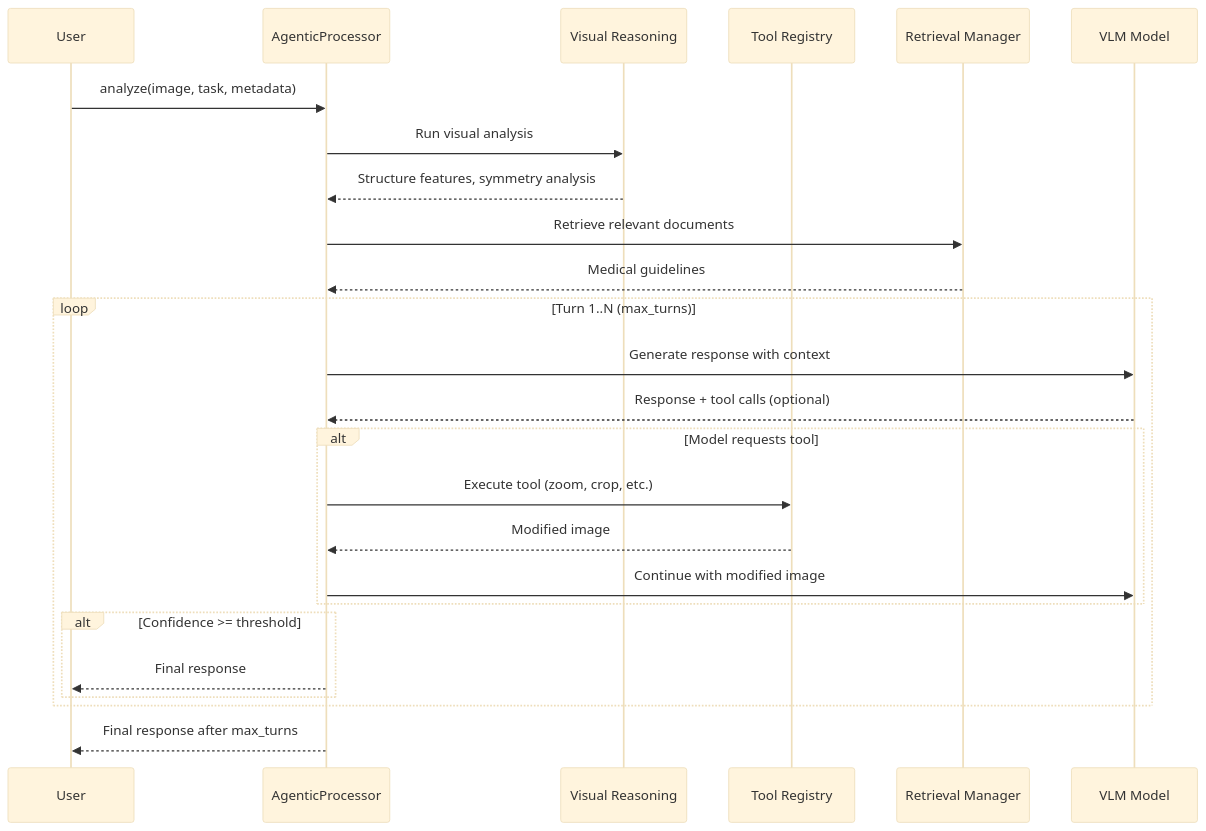
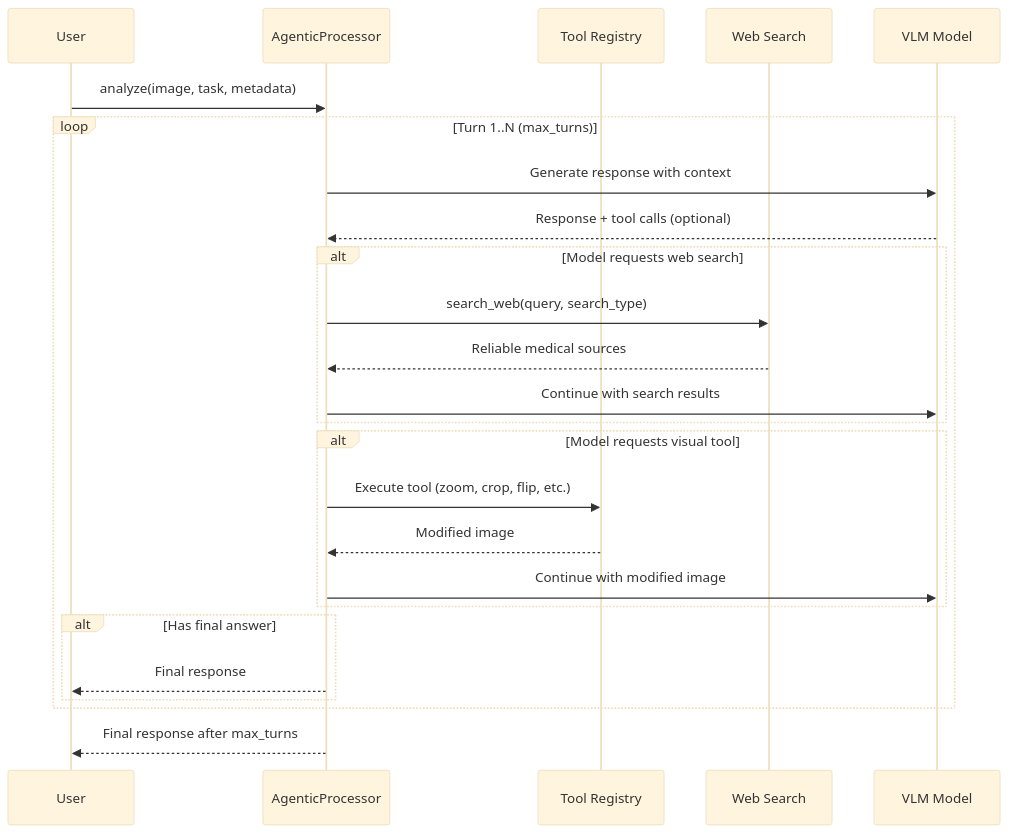
One commit to liamchalcroft/gaze changed the third of 3 diagrams in docs/agentic_workflow.md. Above: the diagram before and after it, drawn with Mermaid (base theme). The commit also changed other lines of this file and 103 other files, not shown here.

````diff
--- a/docs/agentic_workflow.md
+++ b/docs/agentic_workflow.md
@@ -173,32 +174,33 @@
 ```mermaid
 sequenceDiagram
     participant U as User
     participant AP as AgenticProcessor
-    participant VR as Visual Reasoning
     participant TR as Tool Registry
-    participant RM as Retrieval Manager
+    participant WS as Web Search
     participant M as VLM Model
 
     U->>AP: analyze(image, task, metadata)
-    AP->>VR: Run visual analysis
-    VR-->>AP: Structure features, symmetry analysis
-    AP->>RM: Retrieve relevant documents
-    RM-->>AP: Medical guidelines
 
     loop Turn 1..N (max_turns)
         AP->>M: Generate response with context
         M-->>AP: Response + tool calls (optional)
 
-        alt Model requests tool
-            AP->>TR: Execute tool (zoom, crop, etc.)
+        alt Model requests web search
+            AP->>WS: search_web(query, search_type)
+            WS-->>AP: Reliable medical sources
+            AP->>M: Continue with search results
+        end
+
+        alt Model requests visual tool
+            AP->>TR: Execute tool (zoom, crop, flip, etc.)
             TR-->>AP: Modified image
             AP->>M: Continue with modified image
         end
 
-        alt Confidence >= threshold
+        alt Has final answer
             AP-->>U: Final response
         end
     end
 
     AP-->>U: Final response after max_turns
 ```
````
